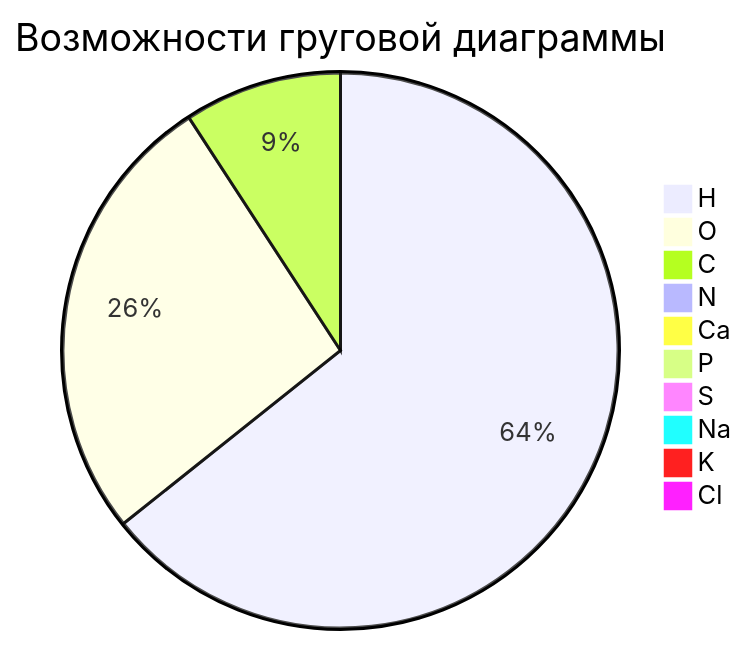
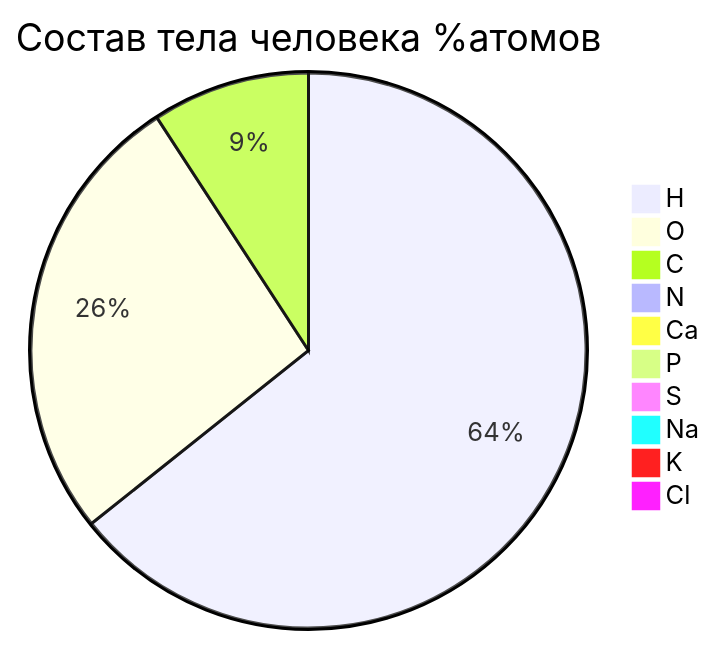
Before and after one commit to wanderer-00/MarkDown: the second of 2 diagrams in README.md, drawn with Mermaid.

````diff
--- a/README.md
+++ b/README.md
@@ -28,14 +28,14 @@
 ```mermaid
 pie
-  title Возможности груговой диаграммы
+  title Состав тела человека %атомов
   "H" : 63
   "O" : 26
   "C" : 9
   "N" : 0.58
   "Ca" : 0.24
   "P" : 0.14
   "S" : 0.038
   "Na" : 0.037
   "K" : 0.033
   "Cl" : 0.024
 ```
````
